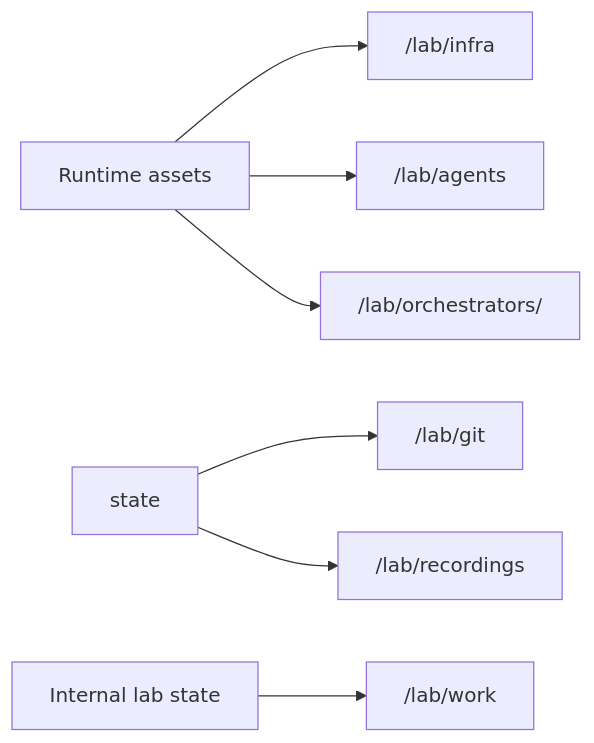
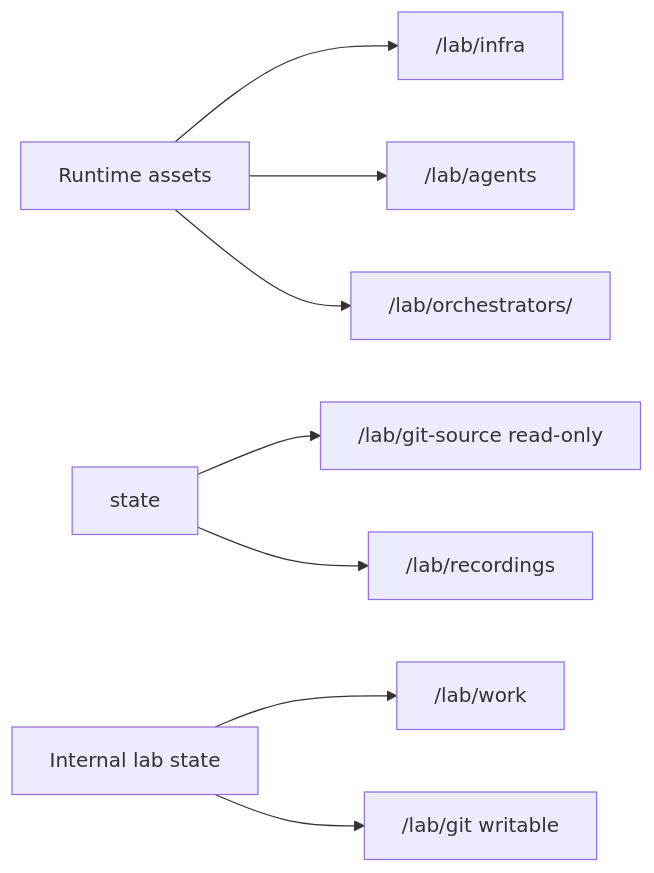
The diagram in docs/drivers/lima.md (taxiway-sh/taxiway), drawn with Mermaid before and after one commit. The commit also changed other lines of this file and 3 other files, not shown here.

Commit message:
docs: describe guest Git forks and lab recreation

````diff
--- a/docs/drivers/lima.md
+++ b/docs/drivers/lima.md
@@ -30,9 +30,10 @@
 ```mermaid
 flowchart LR
   runtime[Runtime assets] --> infra["/lab/infra"]
   runtime --> agents["/lab/agents"]
   runtime --> orch["/lab/orchestrators/<type>"]
-  state --> git["/lab/git"]
+  state --> git["/lab/git-source read-only"]
   state --> recordings["/lab/recordings"]
   internal[Internal lab state] --> work["/lab/work"]
+  internal --> fork["/lab/git writable"]
 ```
````
